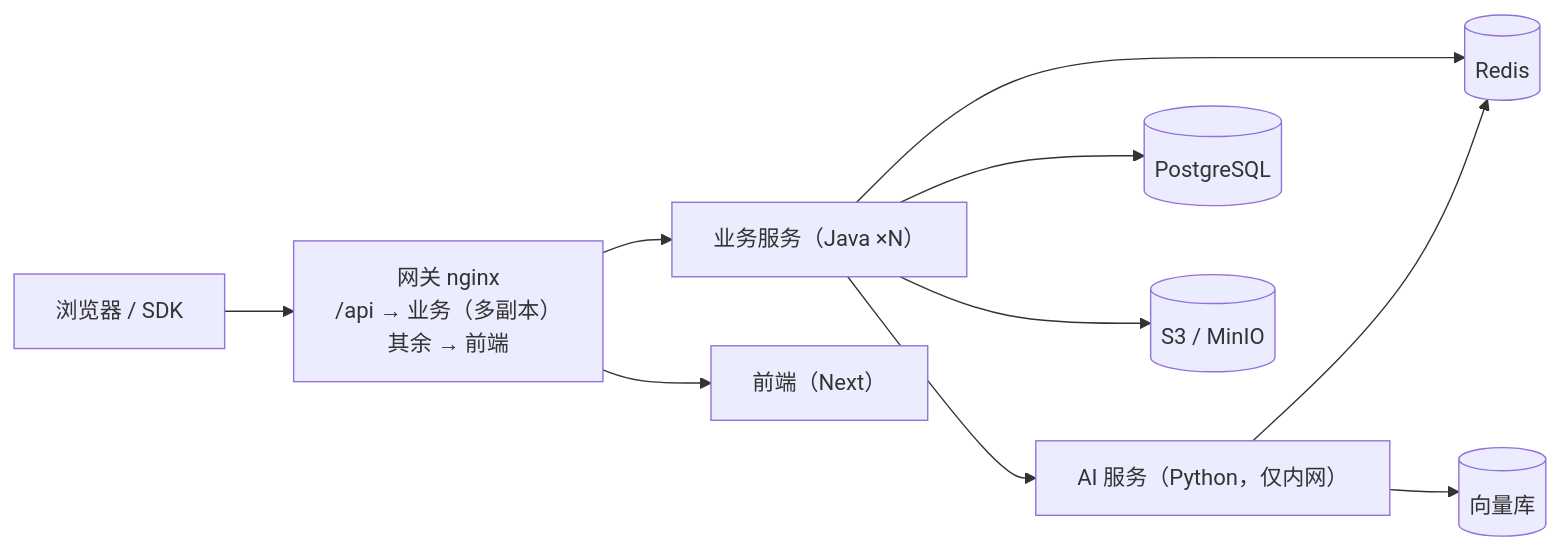
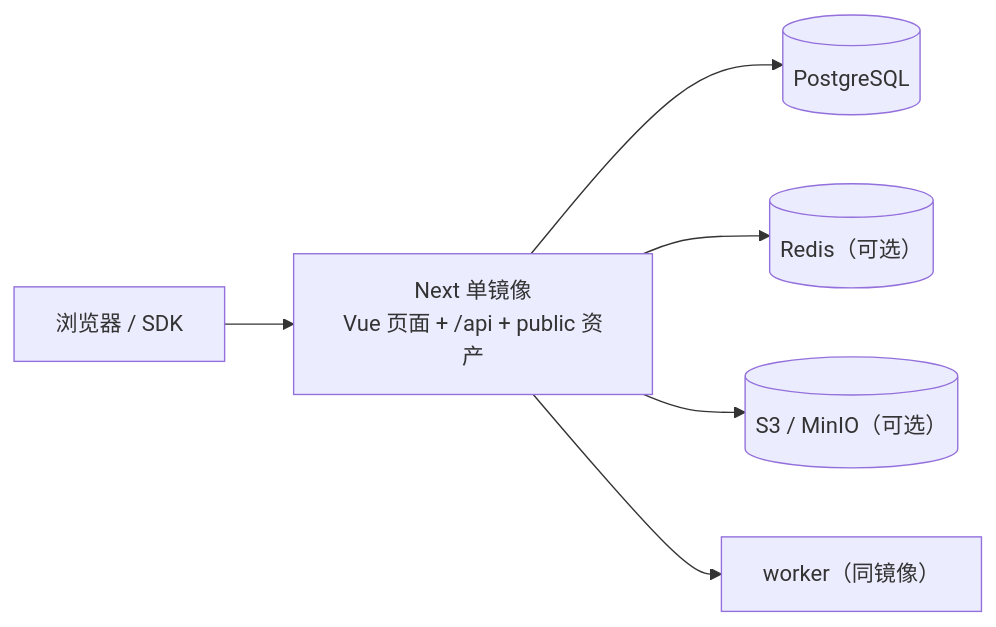
The first of 2 diagrams in docs/ops/deployment-guide.md (BlackArt40/KnowledgeAI), drawn with Mermaid before and after one commit. The commit also changed other lines of this file and 12 other files, not shown here.

````diff
--- a/docs/ops/deployment-guide.md
+++ b/docs/ops/deployment-guide.md
@@ -29,11 +29,8 @@
 ```mermaid
 flowchart LR
-  C["浏览器 / SDK"] --> GW["网关 nginx<br/>/api → 业务（多副本）<br/>其余 → 前端"]
-  GW --> BIZ["业务服务（Java ×N）"]
-  GW --> FE["前端（Next）"]
-  BIZ --> AI["AI 服务（Python，仅内网）"]
-  BIZ --> PG[("PostgreSQL")]
-  BIZ & AI --> RD[("Redis")]
-  AI --> VDB[("向量库")]
-  BIZ --> S3[("S3 / MinIO")]
+  C["浏览器 / SDK"] --> APP["Next 单镜像<br/>Vue 页面 + /api + public 资产"]
+  APP --> PG[("PostgreSQL")]
+  APP --> RD[("Redis（可选）")]
+  APP --> S3[("S3 / MinIO（可选）")]
+  APP --> W["worker（同镜像）"]
 ```
````
